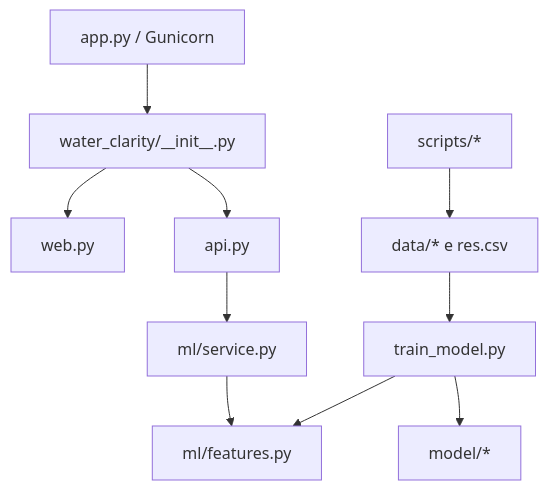
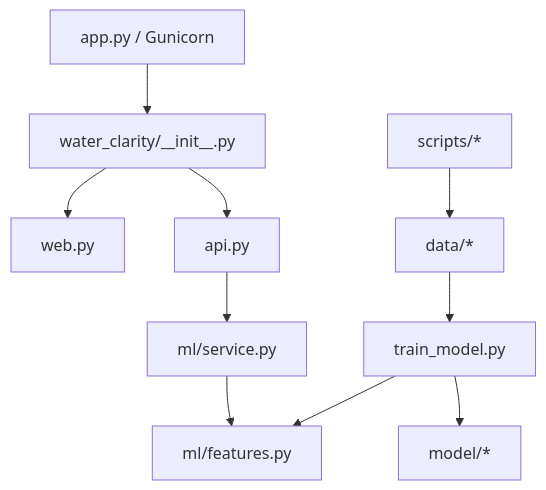
Before and after one commit to PedroArlyx/water-clarity-classifier: the sixth of 6 diagrams in docs/ARQUITETURA.md, drawn with Mermaid. The commit also changed other lines of this file and 25 other files, not shown here.

````diff
--- a/docs/ARQUITETURA.md
+++ b/docs/ARQUITETURA.md
@@ -105,12 +104,12 @@
 ```mermaid
 flowchart TB
     APP[app.py / Gunicorn] --> FACTORY[water_clarity/__init__.py]
     FACTORY --> WEB[web.py]
     FACTORY --> API[api.py]
     API --> SERVICE[ml/service.py]
     SERVICE --> FEATURES[ml/features.py]
     TRAIN[train_model.py] --> FEATURES
     TRAIN --> MODEL[model/*]
-    SCRIPTS[scripts/*] --> DATA[data/* e res.csv]
+    SCRIPTS[scripts/*] --> DATA[data/*]
     DATA --> TRAIN
 ```
````
